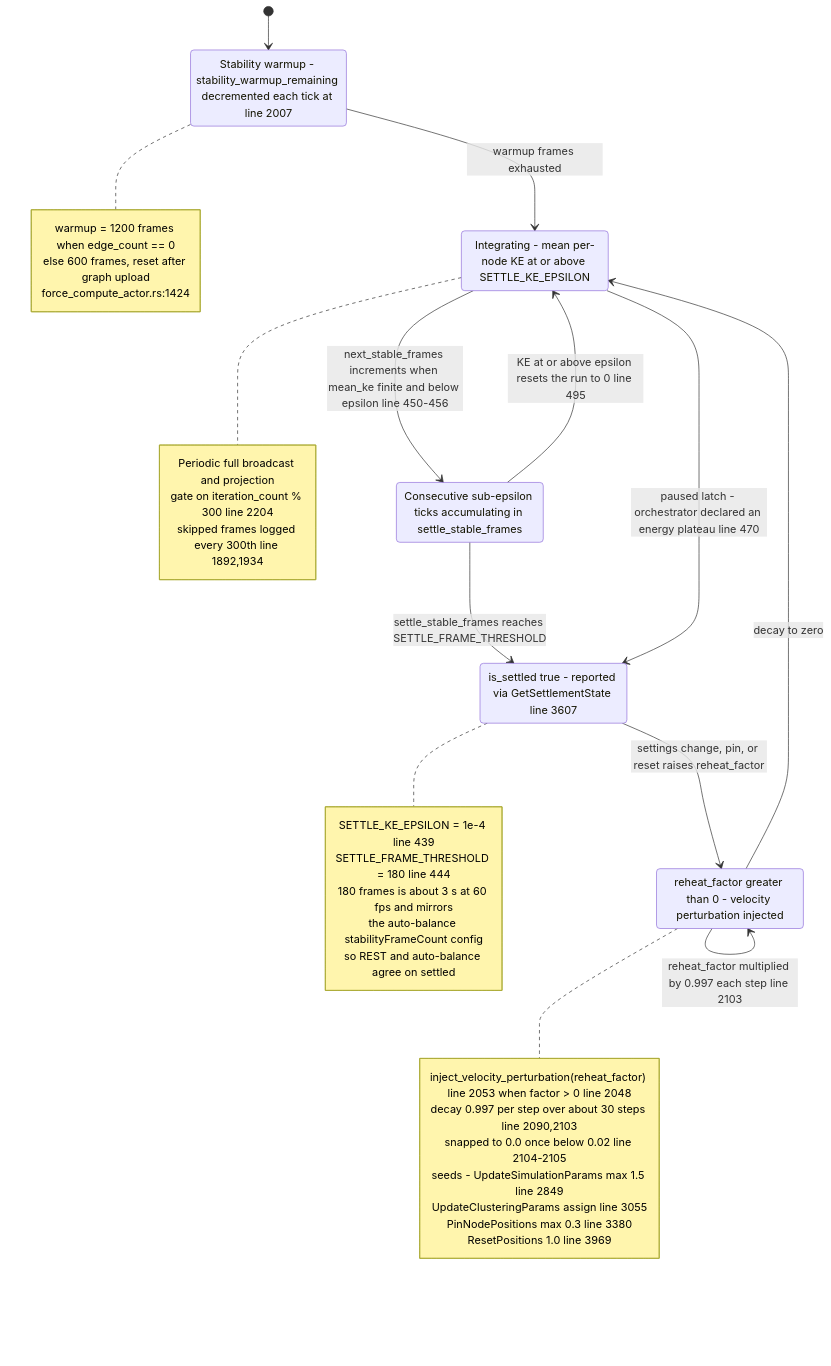
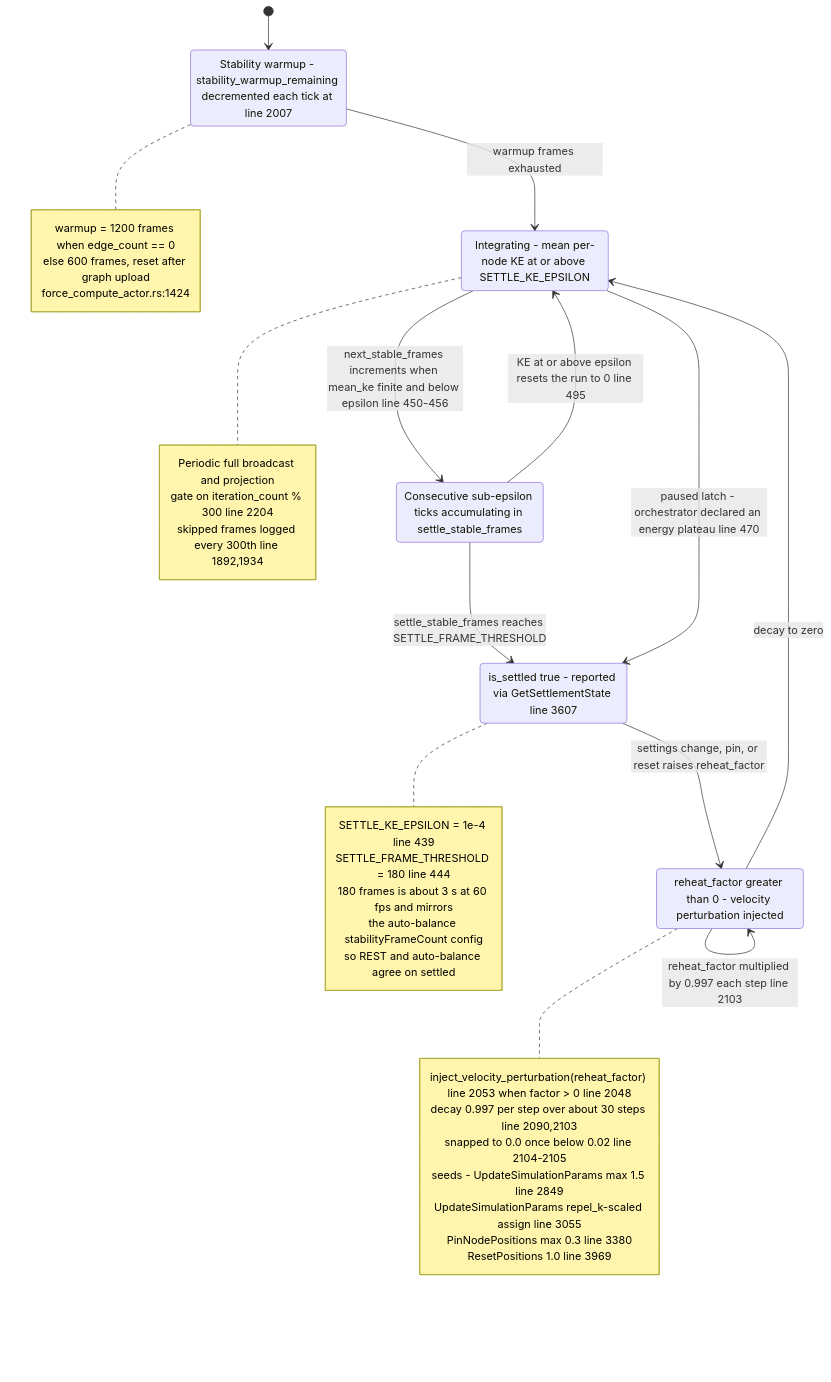
The seventh of 8 diagrams in docs/diagrams/visionclaw/11-physics-step-and-force-channels.md (DreamLab-AI/VisionFlow), drawn with Mermaid before and after one commit. The commit also changed other lines of this file and 136 other files, not shown here.

First line of the commit message:
docs(diagrams): refresh the whole corpus to code HEAD and prune low-value diagrams

````diff
--- a/docs/diagrams/visionclaw/11-physics-step-and-force-channels.md
+++ b/docs/diagrams/visionclaw/11-physics-step-and-force-channels.md
@@ -288,45 +243,45 @@
 ```mermaid
 stateDiagram-v2
     [*] --> Warmup
     Warmup: Stability warmup - stability_warmup_remaining decremented each tick at line 2007
     Active: Integrating - mean per-node KE at or above SETTLE_KE_EPSILON
     Settling: Consecutive sub-epsilon ticks accumulating in settle_stable_frames
     Settled: is_settled true - reported via GetSettlementState line 3607
     Reheated: reheat_factor greater than 0 - velocity perturbation injected
 
     Warmup --> Active: warmup frames exhausted
     Active --> Settling: next_stable_frames increments when mean_ke finite and below epsilon line 450-456
     Settling --> Active: KE at or above epsilon resets the run to 0 line 495
     Settling --> Settled: settle_stable_frames reaches SETTLE_FRAME_THRESHOLD
     Active --> Settled: paused latch - orchestrator declared an energy plateau line 470
     Settled --> Reheated: settings change, pin, or reset raises reheat_factor
     Reheated --> Active: decay to zero
     Reheated --> Reheated: reheat_factor multiplied by 0.997 each step line 2103
 
     note right of Warmup
         warmup = 1200 frames when edge_count == 0
         else 600 frames, reset after graph upload
         force_compute_actor.rs:1424
     end note
     note right of Settled
         SETTLE_KE_EPSILON = 1e-4 line 439
         SETTLE_FRAME_THRESHOLD = 180 line 444
         180 frames is about 3 s at 60 fps and mirrors
         the auto-balance stabilityFrameCount config
         so REST and auto-balance agree on settled
     end note
     note right of Reheated
         inject_velocity_perturbation(reheat_factor) line 2053 when factor > 0 line 2048
         decay 0.997 per step over about 30 steps line 2090,2103
         snapped to 0.0 once below 0.02 line 2104-2105
         seeds - UpdateSimulationParams max 1.5 line 2849
-        UpdateClusteringParams assign line 3055
+        UpdateSimulationParams repel_k-scaled assign line 3055
         PinNodePositions max 0.3 line 3380
         ResetPositions 1.0 line 3969
     end note
     note right of Active
         Periodic full broadcast and projection
         gate on iteration_count % 300 line 2204
         skipped frames logged every 300th line 1892,1934
     end note
 ```
````
